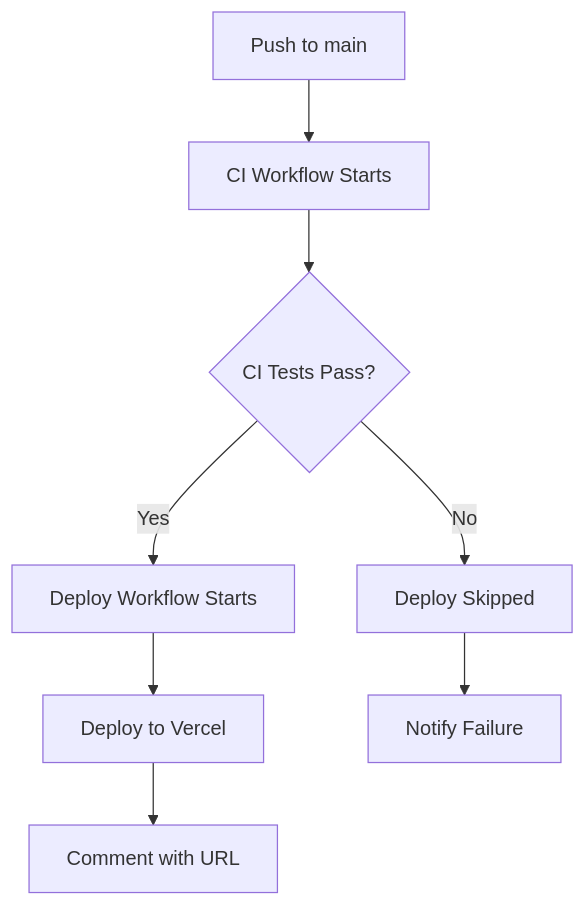
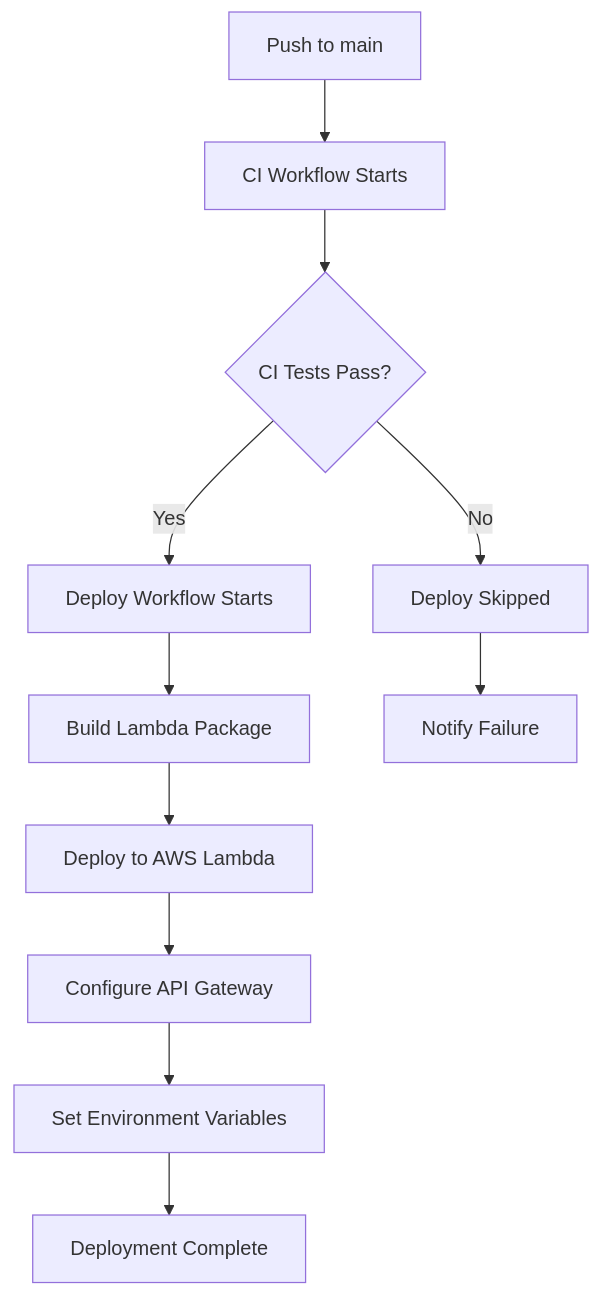
The diagram in DEPLOYMENT.md (techgenii/travelstyle), drawn with Mermaid before and after one commit. The commit also changed other lines of this file and 2 other files, not shown here.

````diff
--- a/DEPLOYMENT.md
+++ b/DEPLOYMENT.md
@@ -27,10 +33,13 @@
 ```mermaid
 graph TD
     A[Push to main] --> B[CI Workflow Starts]
     B --> C{CI Tests Pass?}
     C -->|Yes| D[Deploy Workflow Starts]
     C -->|No| E[Deploy Skipped]
-    D --> F[Deploy to Vercel]
-    F --> G[Comment with URL]
-    E --> H[Notify Failure]
+    D --> F[Build Lambda Package]
+    F --> G[Deploy to AWS Lambda]
+    G --> H[Configure API Gateway]
+    H --> I[Set Environment Variables]
+    I --> J[Deployment Complete]
+    E --> K[Notify Failure]
 ```
````
